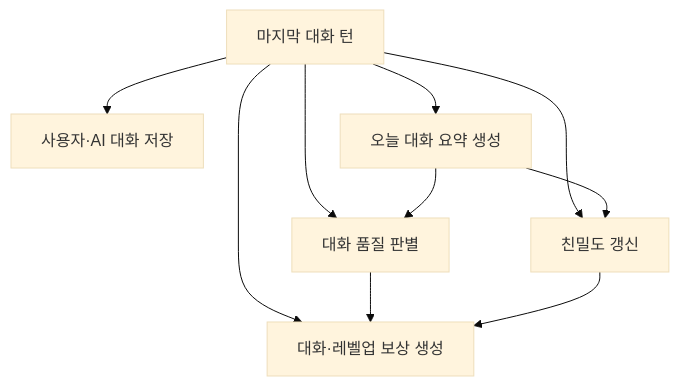
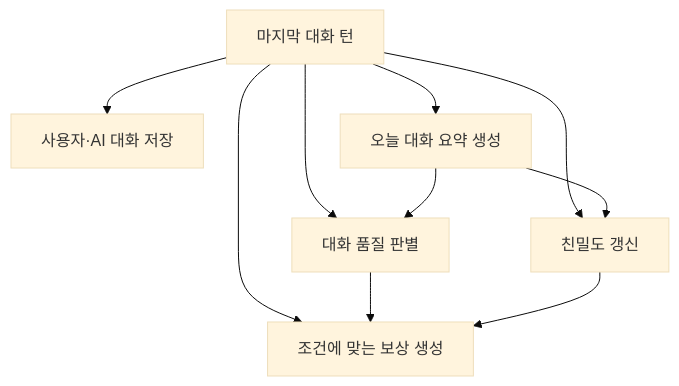
One commit to jiwon11/jiwon11.github.io changed the second of 13 diagrams in _posts/2026-06-29-ai-conversation-post-processing-pipeline.md. Above: the diagram before and after it, drawn with Mermaid (base theme). The commit also changed other lines of this file and 9 other files, not shown here.

```diff
--- a/_posts/2026-06-29-ai-conversation-post-processing-pipeline.md
+++ b/_posts/2026-06-29-ai-conversation-post-processing-pipeline.md
@@ -79,13 +82,13 @@
 ~~~mermaid
 flowchart TD
     T["마지막 대화 턴"] --> C["사용자·AI 대화 저장"]
     T --> S["오늘 대화 요약 생성"]
     T --> Q["대화 품질 판별"]
     T --> F["친밀도 갱신"]
-    T --> R["대화·레벨업 보상 생성"]
+    T --> R["조건에 맞는 보상 생성"]
 
     S --> Q
     S --> F
     Q --> R
     F --> R
 ~~~
```
